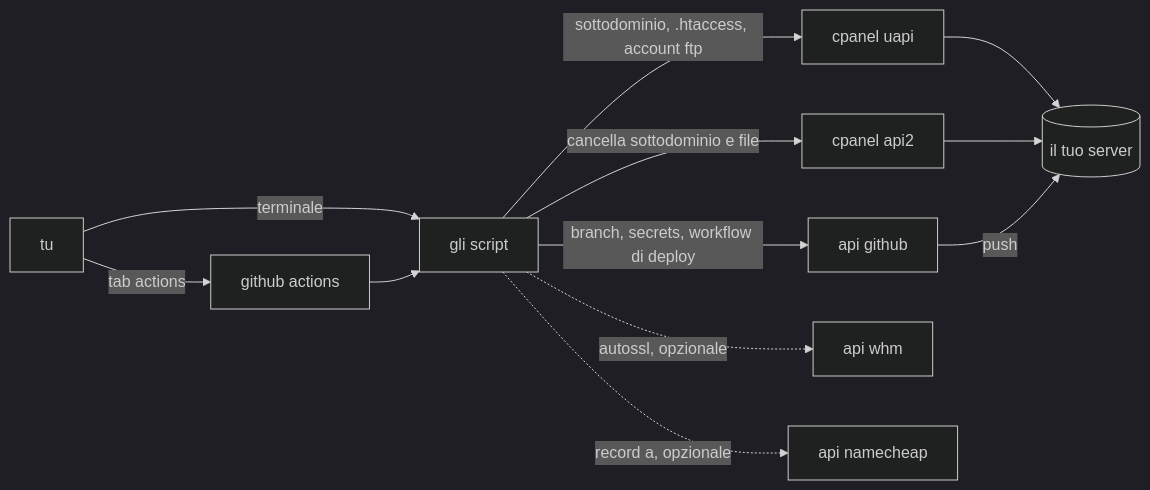
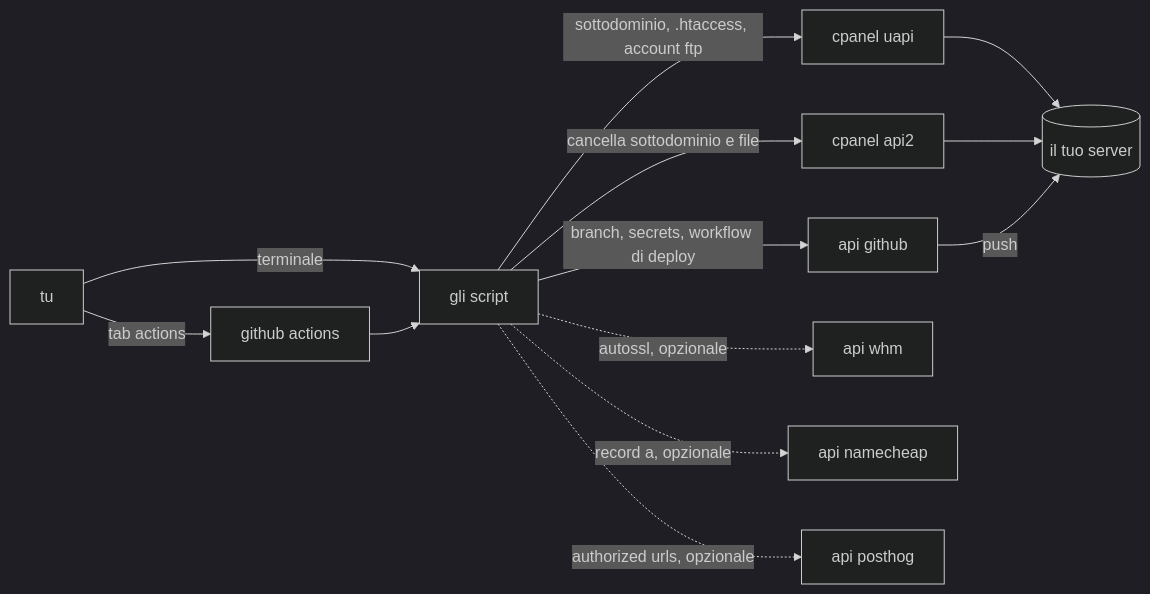
Before and after one commit to leandroestrella/hammerspace: the diagram in README.it.md, drawn with Mermaid. The commit also changed other lines of this file and 10 other files, not shown here.

First line of the commit message:
Add new subdomains to PostHog's Authorized URLs, remove them on delete (LNDR-147)

````diff
--- a/README.it.md
+++ b/README.it.md
@@ -27,15 +27,16 @@
 ```mermaid
 %%{init: {'theme': 'dark'}}%%
 flowchart LR
     YOU[tu] -->|tab actions| GHA[github actions]
     YOU -->|terminale| CLI[gli script]
     GHA --> CLI
     CLI -->|sottodominio, .htaccess, account ftp| UAPI[cpanel uapi]
     CLI -->|cancella sottodominio e file| API2[cpanel api2]
     CLI -->|branch, secrets, workflow di deploy| GH[api github]
     CLI -.->|autossl, opzionale| WHM[api whm]
     CLI -.->|record a, opzionale| NC[api namecheap]
+    CLI -.->|authorized urls, opzionale| PH[api posthog]
     UAPI --> SRV[(il tuo server)]
     API2 --> SRV
     GH -->|push| SRV
 ```
````
